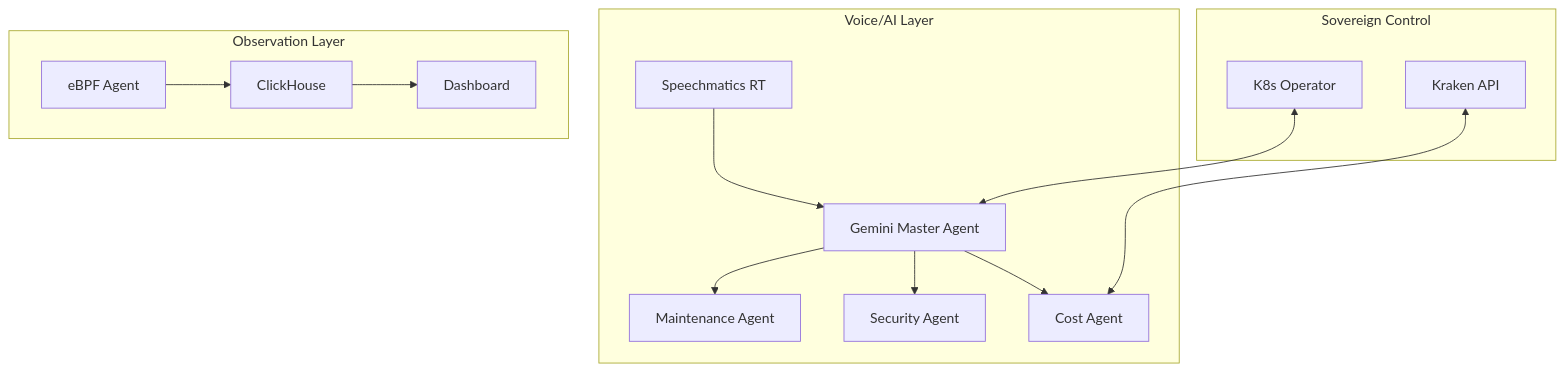
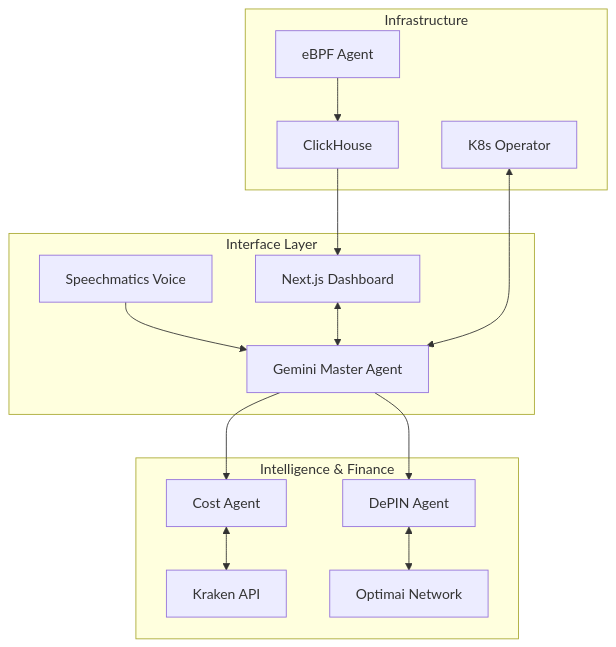
Before and after one commit to paulmmoore3416/kcc: the diagram in README.md, drawn with Mermaid. The commit also changed other lines of this file and 59 other files, not shown here.

Commit message:
feat: v2.4.0 - Major UI/UX overhaul, DePIN (Optimai Network) integration, and promotional assets

````diff
--- a/README.md
+++ b/README.md
@@ -90,19 +114,20 @@
 ```mermaid
 graph TD
-    subgraph "Voice/AI Layer"
-        V[Speechmatics RT] --> A[Gemini Master Agent]
-        A --> M[Maintenance Agent]
-        A --> S[Security Agent]
-        A --> C[Cost Agent]
+    subgraph "Interface Layer"
+        V[Speechmatics Voice] --> A[Gemini Master Agent]
+        D[Next.js Dashboard] <--> A
     end
     
-    subgraph "Sovereign Control"
-        K[Kraken API] <--> C
-        O[K8s Operator] <--> A
+    subgraph "Intelligence & Finance"
+        A --> C[Cost Agent]
+        C <--> K[Kraken API]
+        A --> DEP[DePIN Agent]
+        DEP <--> OPT[Optimai Network]
     end
     
-    subgraph "Observation Layer"
+    subgraph "Infrastructure"
+        O[K8s Operator] <--> A
         E[eBPF Agent] --> CH[ClickHouse]
-        CH --> D[Dashboard]
+        CH --> D
     end
 ```
````
